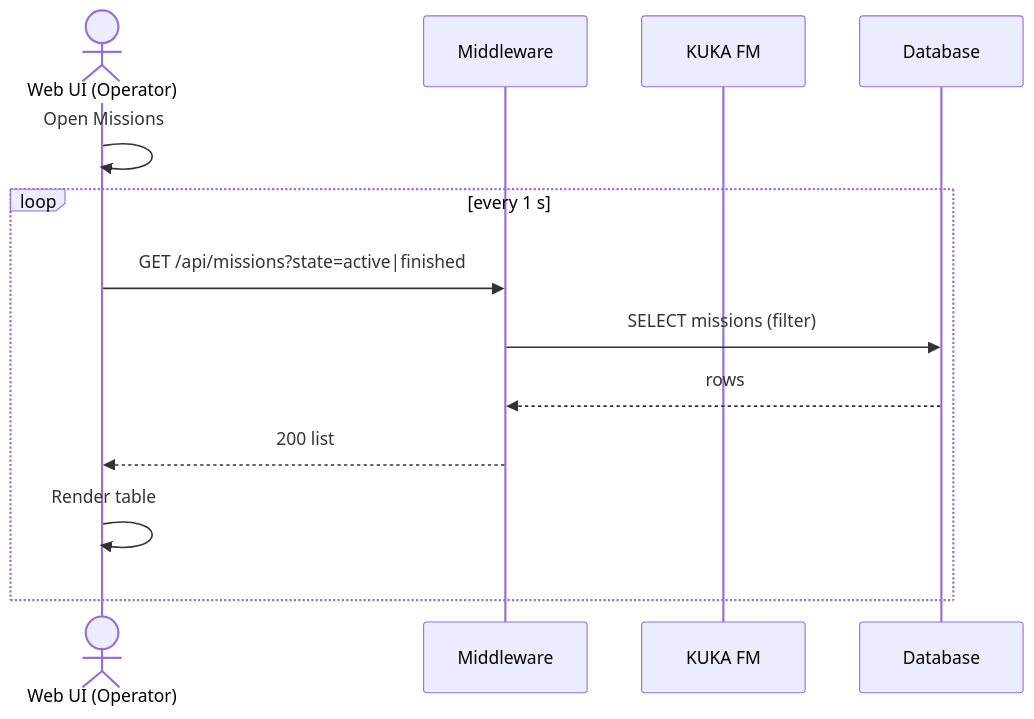
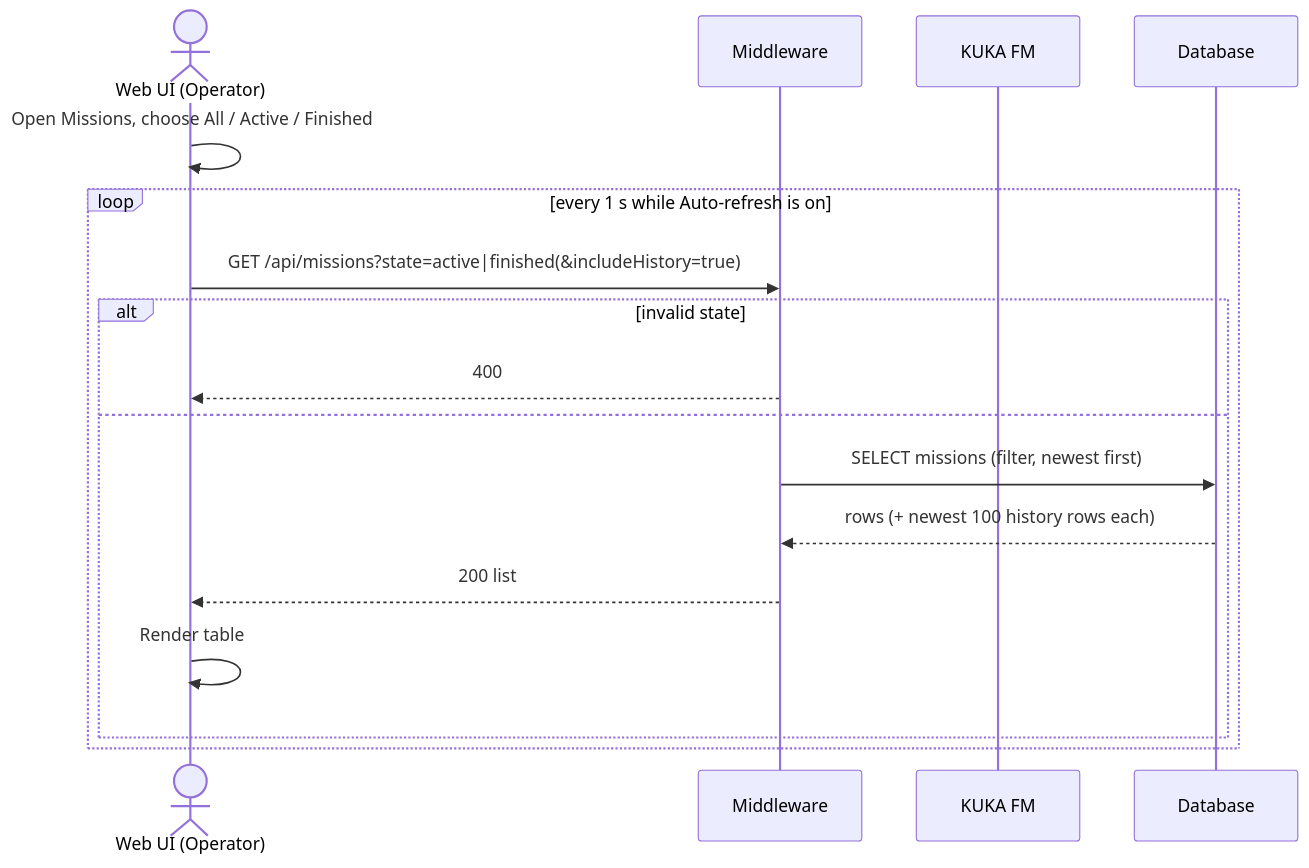
Before and after one commit to FEI-thridos/ITS: the third of 8 diagrams in documentation/specification.md, drawn with Mermaid. The commit also changed other lines of this file and 68 other files, not shown here.

````diff
--- a/documentation/specification.md
+++ b/documentation/specification.md
@@ -113,16 +124,20 @@
 ```mermaid
 sequenceDiagram
     actor UI as Web UI (Operator)
     participant MW as Middleware
     participant KUKA as KUKA FM
     participant DB as Database
 
-    UI->>UI: Open Missions
-    loop every 1 s
-        UI->>MW: GET /api/missions?state=active|finished
-        MW->>DB: SELECT missions (filter)
-        DB-->>MW: rows
-        MW-->>UI: 200 list
-        UI->>UI: Render table
+    UI->>UI: Open Missions, choose All / Active / Finished
+    loop every 1 s while Auto-refresh is on
+        UI->>MW: GET /api/missions?state=active|finished(&includeHistory=true)
+        alt invalid state
+            MW-->>UI: 400
+        else
+            MW->>DB: SELECT missions (filter, newest first)
+            DB-->>MW: rows (+ newest 100 history rows each)
+            MW-->>UI: 200 list
+            UI->>UI: Render table
+        end
     end
 ```
````
